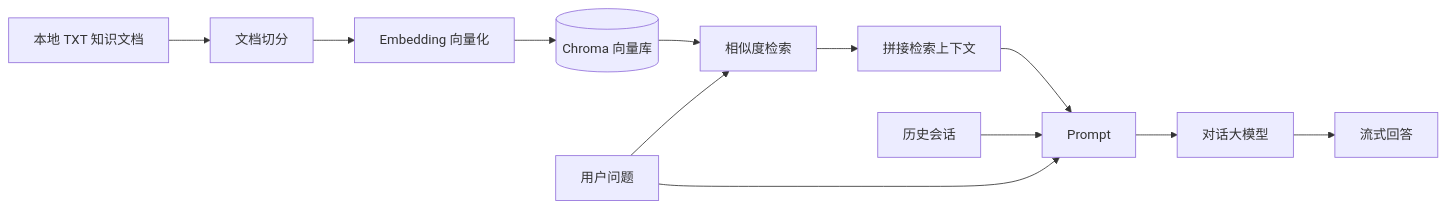
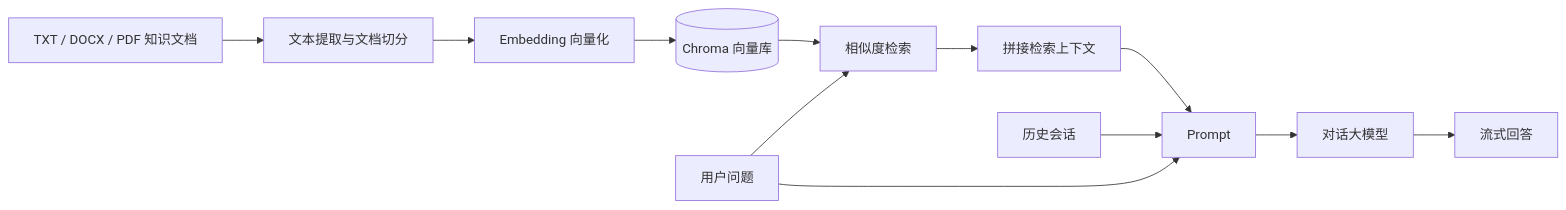
The diagram in README.md (chua-wang-jun/fashion-rag-qa), drawn with Mermaid before and after one commit. The commit also changed other lines of this file, not shown here.

````diff
--- a/README.md
+++ b/README.md
@@ -16,15 +16,15 @@
 ```mermaid
 flowchart LR
-    A[本地 TXT 知识文档] --> B[文档切分]
+    A[TXT / DOCX / PDF 知识文档] --> B[文本提取与文档切分]
     B --> C[Embedding 向量化]
     C --> D[(Chroma 向量库)]
 
     Q[用户问题] --> E[相似度检索]
     D --> E
     E --> F[拼接检索上下文]
     H[历史会话] --> G[Prompt]
     F --> G
     Q --> G
     G --> I[对话大模型]
     I --> J[流式回答]
 ```
````
